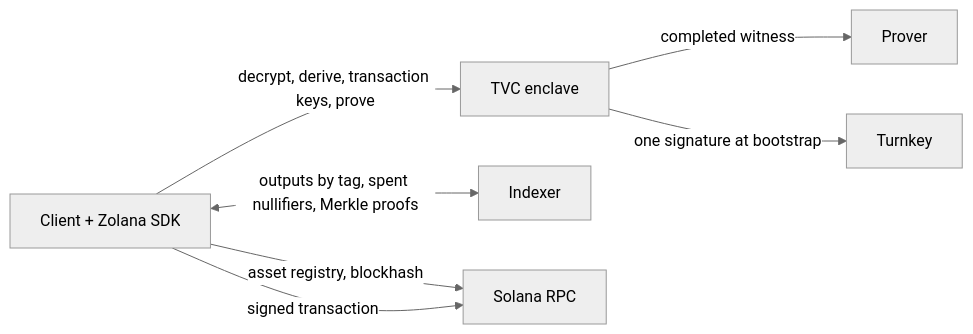
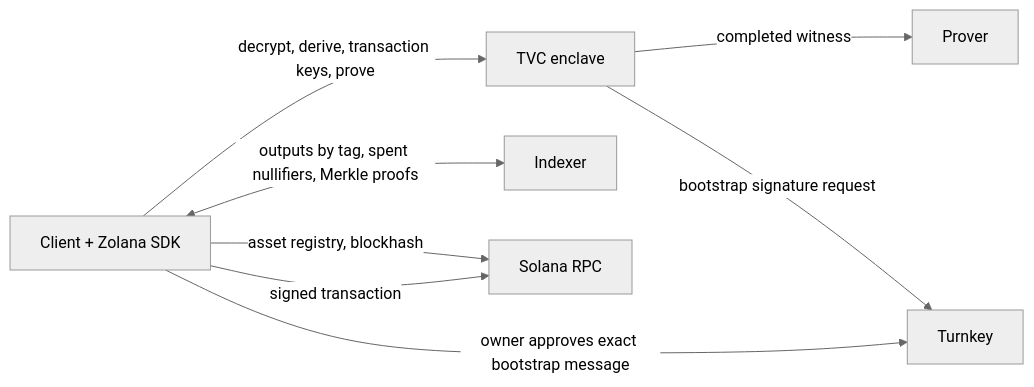
One commit to helius-labs/zolana-tvc changed the diagram in README.md. Above: the diagram before and after it, drawn with Mermaid (neutral theme). The commit also changed other lines of this file and 30 other files, not shown here.

````diff
--- a/README.md
+++ b/README.md
@@ -26,16 +26,17 @@
 ```mermaid
 flowchart LR
     C[Client + Zolana SDK]
     T[TVC enclave]
     K[Turnkey]
     I[Indexer]
     P[Prover]
     S[Solana RPC]
 
     C -->|decrypt, derive, transaction keys, prove| T
     C <-->|outputs by tag, spent nullifiers, Merkle proofs| I
     C -->|asset registry, blockhash| S
     T -->|completed witness| P
-    T -->|one signature at bootstrap| K
+    T -->|bootstrap signature request| K
+    C -->|owner approves exact bootstrap message| K
     C -->|signed transaction| S
 ```
````
